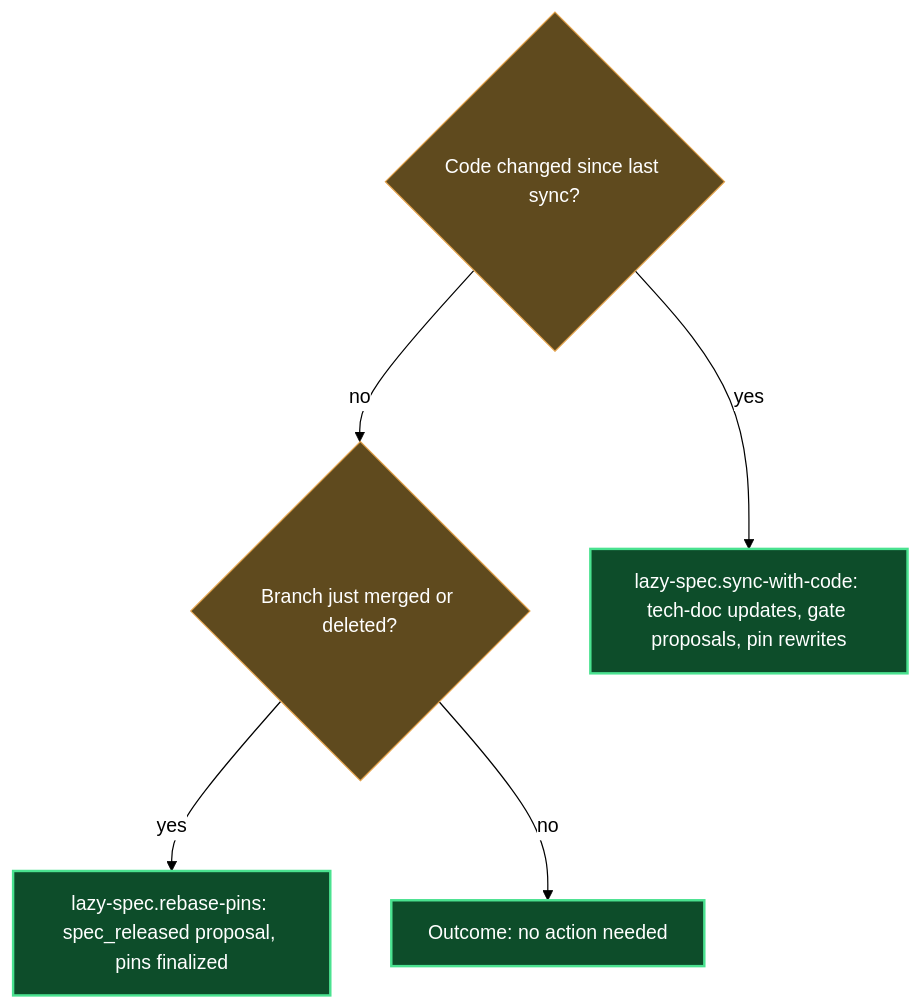
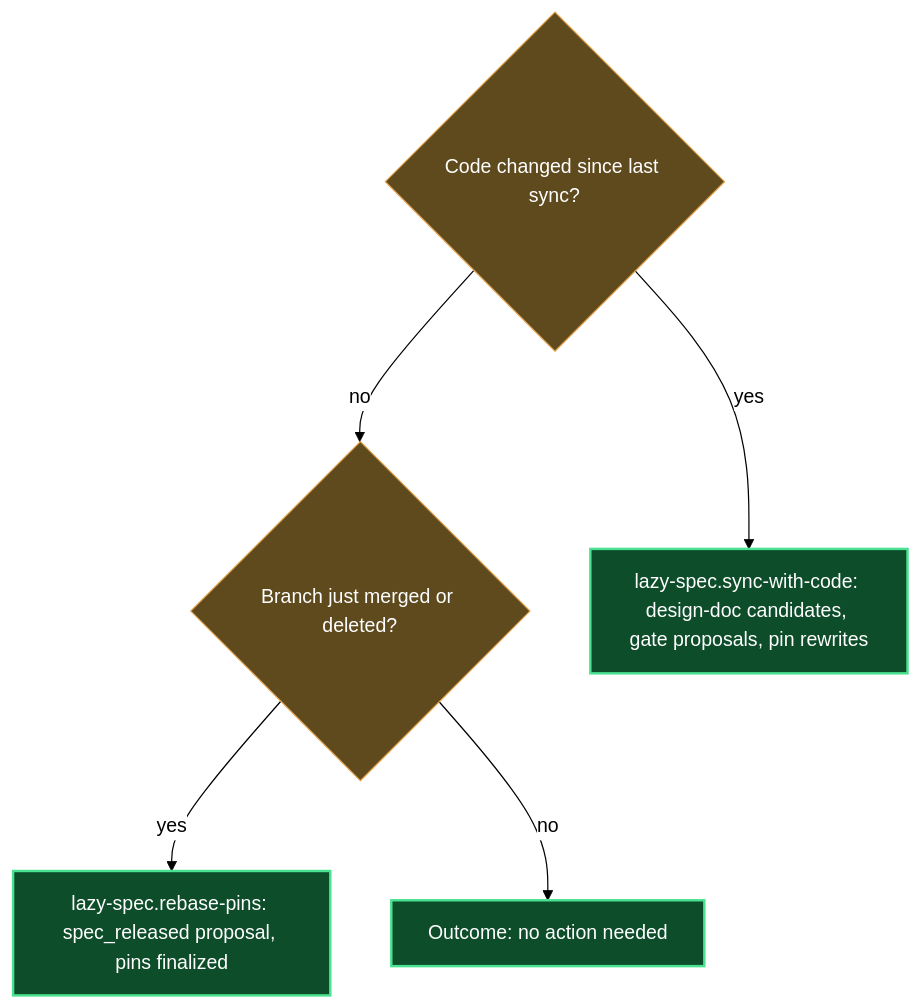
One commit to mebius-san/lazy-cortex changed the diagram in claude/lazycortex-specs/help/code-sync.md. Above: the diagram before and after it, drawn with Mermaid. The commit also changed other lines of this file and 218 other files, not shown here.

Commit message:
release: core 9.2.0, diagram 1.2.0, experts 1.4.0, observe 1.1.0, obsidian 5.1.0, python 4.3.0, review 6.4.0, specs 7.4.0, wiki 2.3.0

````diff
--- a/claude/lazycortex-specs/help/code-sync.md
+++ b/claude/lazycortex-specs/help/code-sync.md
@@ -56,24 +58,24 @@
 ```mermaid
 %%{init: {'themeVariables':{'lineColor':'#000','textColor':'#000','edgeLabelBackground':'#fff'},'themeCSS':'.edgeLabel{background-color:transparent!important}.edgeLabel p{background-color:transparent!important}','flowchart':{'diagramPadding':5,'useMaxWidth':true}}}%%
 flowchart TD
   codeChangedSinceLastSync{Code changed since last sync?}
   branchMergedOrDeleted{Branch just merged or deleted?}
 
-  runSyncWithCode[lazy-spec.sync-with-code: tech-doc updates, gate proposals, pin rewrites]
+  runSyncWithCode[lazy-spec.sync-with-code: design-doc candidates, gate proposals, pin rewrites]
   runFinalizeBranch[lazy-spec.rebase-pins: spec_released proposal, pins finalized]
   noActionNeeded[Outcome: no action needed]
 
   codeChangedSinceLastSync -->|yes| runSyncWithCode
   codeChangedSinceLastSync -->|no| branchMergedOrDeleted
   branchMergedOrDeleted -->|yes| runFinalizeBranch
   branchMergedOrDeleted -->|no| noActionNeeded
 
   classDef guard fill:#5f4a1e,stroke:#e2a14a,color:#fff
   classDef success fill:#0d4d2a,stroke:#4ae290,color:#fff,stroke-width:2px
 
   class codeChangedSinceLastSync guard
   class branchMergedOrDeleted guard
   class runSyncWithCode success
   class runFinalizeBranch success
   class noActionNeeded success
 ```
````
